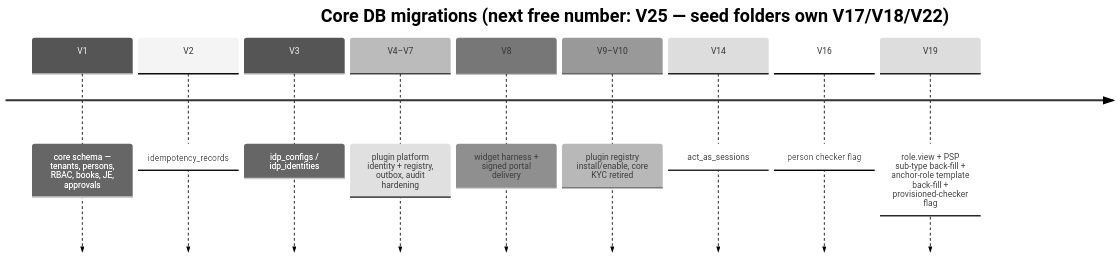
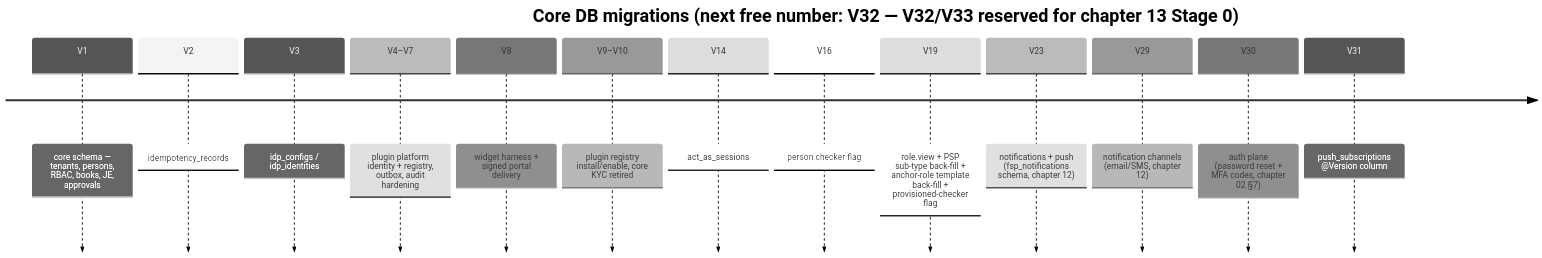
The second of 2 diagrams in docs/architecture/10-data-model.md (FathimaBadar/FinancialServicesPlatform), drawn with Mermaid (neutral theme) before and after one commit. The commit also changed other lines of this file and 54 other files, not shown here.

First line of the commit message:
feat: add comprehensive architecture plan for bank connectors, bill payments, PSP & EMI services

````diff
--- a/docs/architecture/10-data-model.md
+++ b/docs/architecture/10-data-model.md
@@ -34,13 +34,17 @@
 ```mermaid
 timeline
-    title Core DB migrations (next free number: V25 — seed folders own V17/V18/V22)
+    title Core DB migrations (next free number: V32 — V32/V33 reserved for chapter 13 Stage 0)
     V1 : core schema — tenants, persons, RBAC, books, JE, approvals
     V2 : idempotency_records
     V3 : idp_configs / idp_identities
     V4–V7 : plugin platform identity + registry, outbox, audit hardening
     V8 : widget harness + signed portal delivery
     V9–V10 : plugin registry install/enable, core KYC retired
     V14 : act_as_sessions
     V16 : person checker flag
     V19 : role.view + PSP sub-type back-fill + anchor-role template back-fill + provisioned-checker flag
+    V23 : notifications + push (fsp_notifications schema, chapter 12)
+    V29 : notification channels (email/SMS, chapter 12)
+    V30 : auth plane (password reset + MFA codes, chapter 02 §7)
+    V31 : push_subscriptions @Version column
 ```
````
